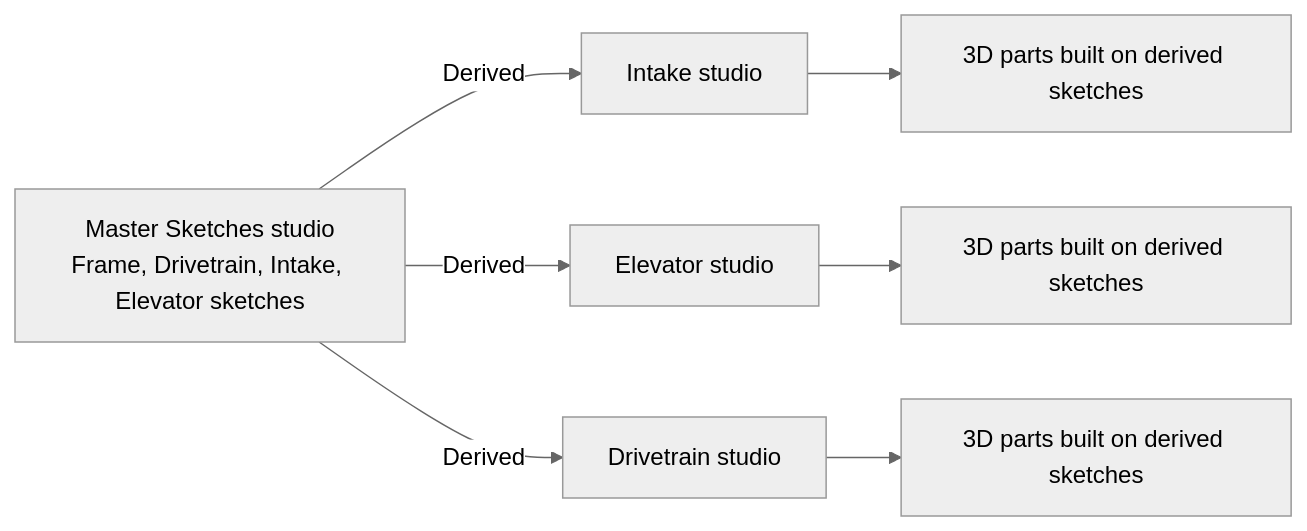
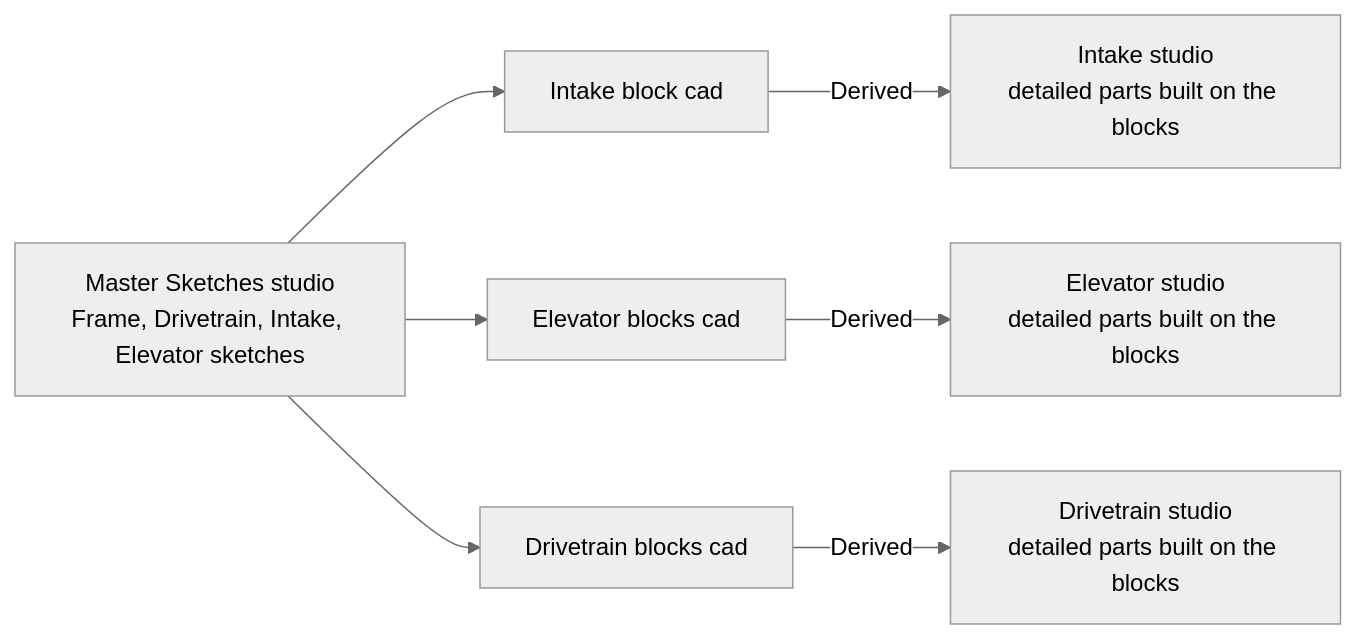
Before and after one commit to FRC-2928/DesignGuide: the diagram in docs/rules/03-master-sketches.md, drawn with Mermaid (neutral theme). The commit also changed other lines of this file and 5 other files, not shown here.

````diff
--- a/docs/rules/03-master-sketches.md
+++ b/docs/rules/03-master-sketches.md
@@ -11,10 +11,10 @@
 ```mermaid
 flowchart LR
     M["Master Sketches studio<br/>Frame, Drivetrain, Intake, Elevator sketches"]
-    M -- Derived --> I["Intake studio"]
-    M -- Derived --> E["Elevator studio"]
-    M -- Derived --> D["Drivetrain studio"]
-    I --> P1["3D parts built on derived sketches"]
-    E --> P2["3D parts built on derived sketches"]
-    D --> P3["3D parts built on derived sketches"]
+    M --> BI["Intake block cad"]
+    M --> BE["Elevator blocks cad"]
+    M --> BD["Drivetrain blocks cad"]
+    BI -- Derived --> I["Intake studio<br/>detailed parts built on the blocks"]
+    BE -- Derived --> E["Elevator studio<br/>detailed parts built on the blocks"]
+    BD -- Derived --> D["Drivetrain studio<br/>detailed parts built on the blocks"]
 ```
````
